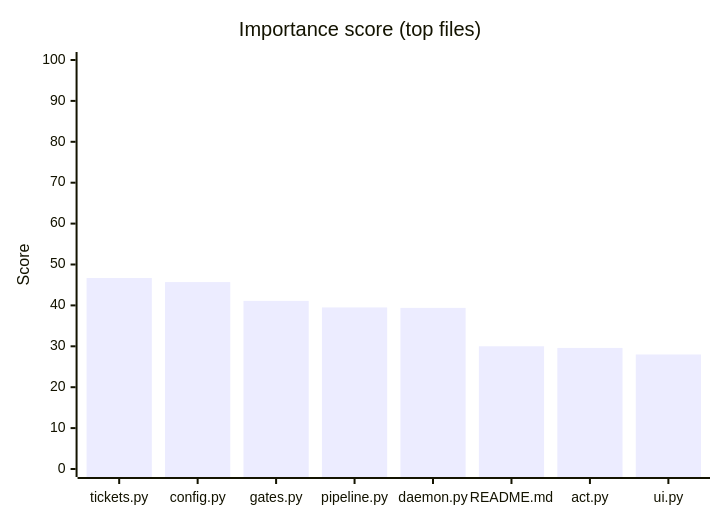
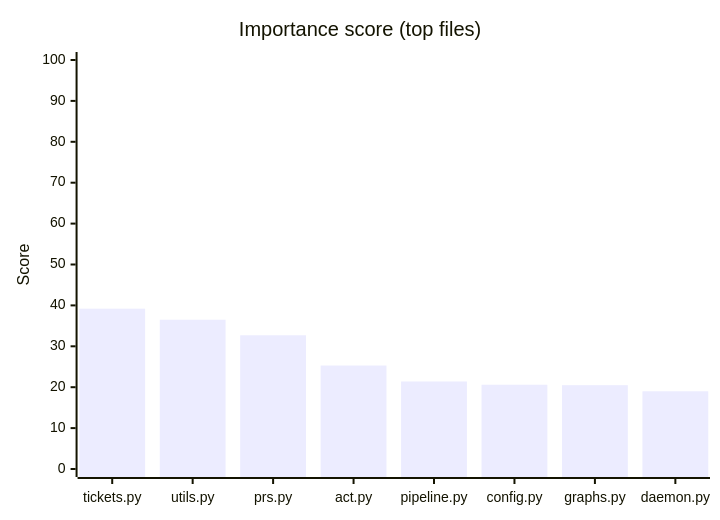
One commit to hhleroy97/repo-scan changed the first of 2 diagrams in docs/index.md. Above: the diagram before and after it, drawn with Mermaid. The commit also changed other lines of this file and 17 other files, not shown here.

````diff
--- a/docs/index.md
+++ b/docs/index.md
@@ -56,7 +56,7 @@
 ```mermaid
 xychart-beta
     title "Importance score (top files)"
-    x-axis ["tickets.py", "config.py", "gates.py", "pipeline.py", "daemon.py", "README.md", "act.py", "ui.py"]
+    x-axis ["tickets.py", "utils.py", "prs.py", "act.py", "pipeline.py", "config.py", "graphs.py", "daemon.py"]
     y-axis "Score" 0 --> 100
-    bar [46.7, 45.7, 41.1, 39.5, 39.4, 30, 29.6, 28]
+    bar [39.2, 36.5, 32.7, 25.3, 21.4, 20.6, 20.5, 19]
 ```
````
